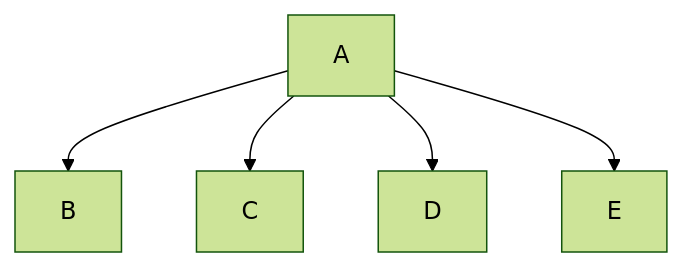
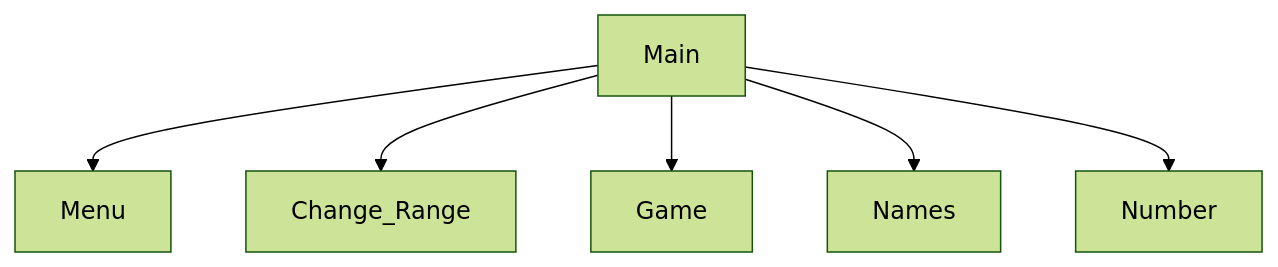
One commit to Loganius-II/teamproject changed the diagram in README.md. Above: the diagram before and after it, drawn with Mermaid (forest theme). The commit also changed other lines of this file, not shown here.

````diff
--- a/README.md
+++ b/README.md
@@ -8,7 +8,8 @@
 ```mermaid
 graph TD;
-  A-->B;
-  A-->C;
-  A-->D;
-  A-->E;
+  Main-->Menu;
+  Main-->Change_Range;
+  Main-->Game;
+  Main-->Names;
+  Main-->Number
 ```
````
